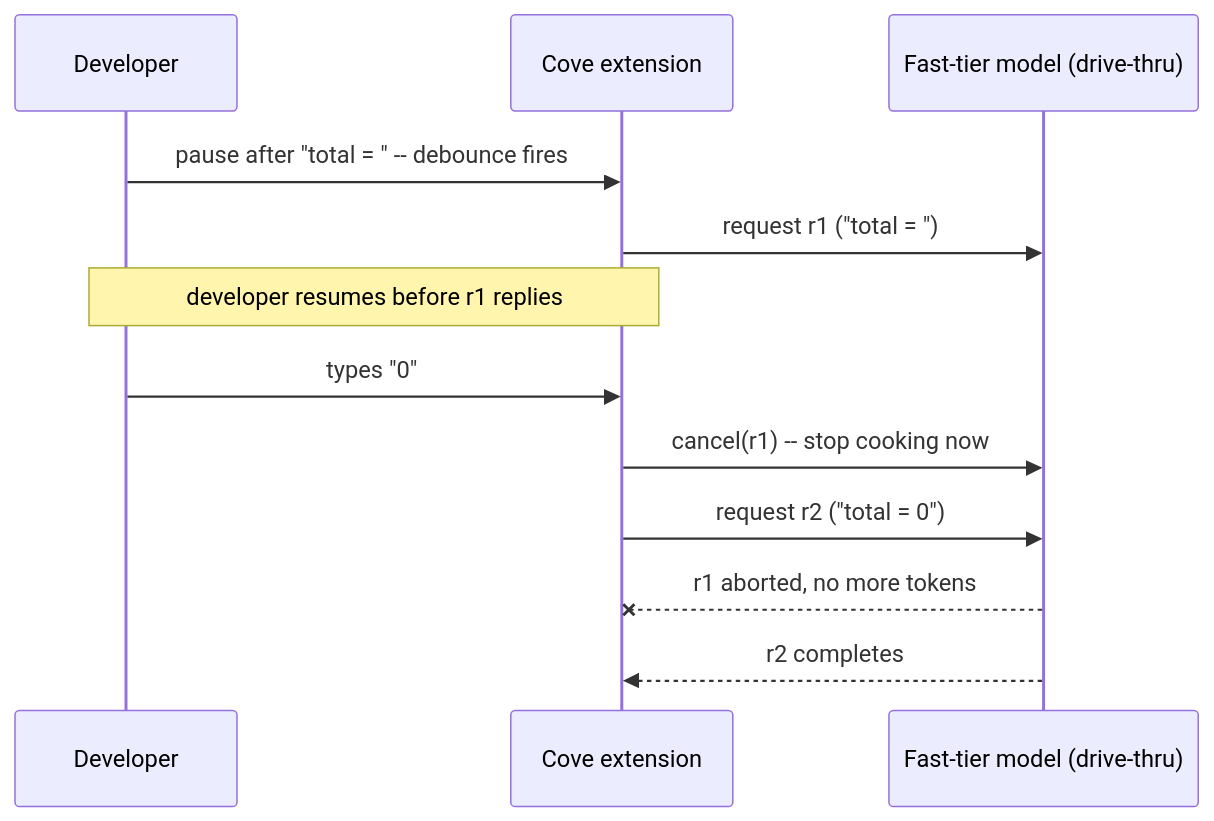
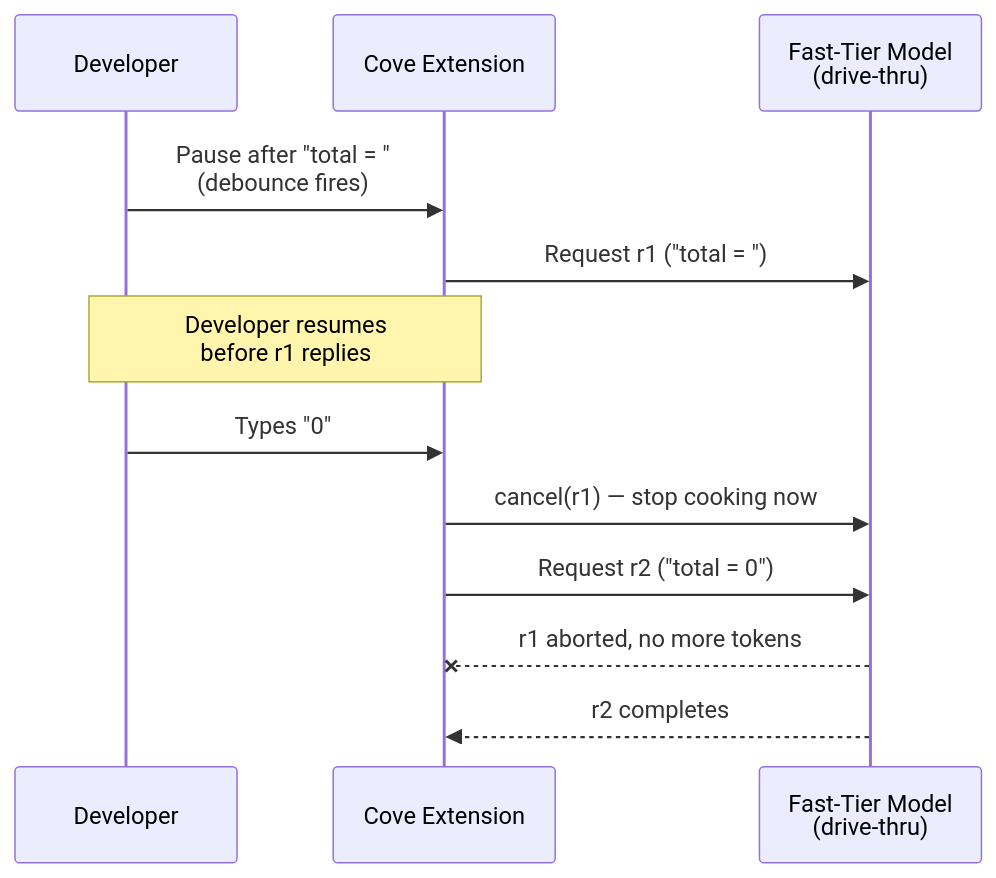
One commit to riyaz-pasha/Learnings changed the third of 13 diagrams in system-design/HLD/0-course/45-Design-an-AI-Code-Assistant-FAANG-Guide-story.md. Above: the diagram before and after it, drawn with Mermaid. The commit also changed other lines of this file and 1 other file, not shown here.

Commit message:
[REWRITE] AI Code Assistant story guide: simplify prose, add structure, fix diagrams

````diff
--- a/system-design/HLD/0-course/45-Design-an-AI-Code-Assistant-FAANG-Guide-story.md
+++ b/system-design/HLD/0-course/45-Design-an-AI-Code-Assistant-FAANG-Guide-story.md
@@ -126,14 +191,15 @@
 ```mermaid
 sequenceDiagram
     participant Dev as Developer
-    participant Ext as Cove extension
-    participant Fast as Fast-tier model (drive-thru)
-    Dev->>Ext: pause after "total = " -- debounce fires
-    Ext->>Fast: request r1 ("total = ")
-    Note over Dev,Ext: developer resumes before r1 replies
-    Dev->>Ext: types "0"
-    Ext->>Fast: cancel(r1) -- stop cooking now
-    Ext->>Fast: request r2 ("total = 0")
+    participant Ext as Cove Extension
+    participant Fast as Fast-Tier Model<br/>(drive-thru)
+
+    Dev->>Ext: Pause after "total = "<br/>(debounce fires)
+    Ext->>Fast: Request r1 ("total = ")
+    Note over Dev,Ext: Developer resumes<br/>before r1 replies
+    Dev->>Ext: Types "0"
+    Ext->>Fast: cancel(r1) — stop cooking now
+    Ext->>Fast: Request r2 ("total = 0")
     Fast--xExt: r1 aborted, no more tokens
     Fast-->>Ext: r2 completes
 ```
````
